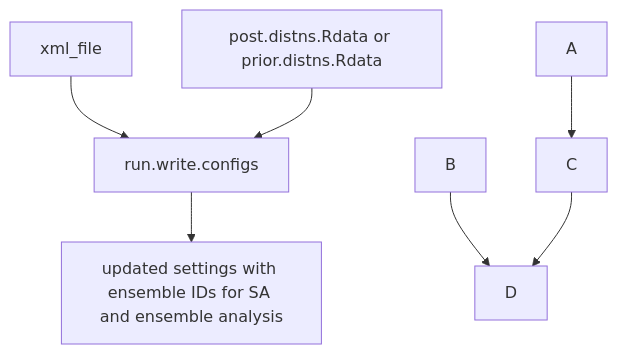
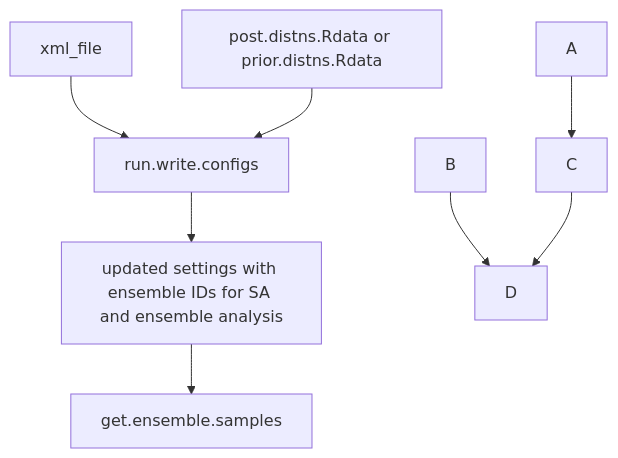
The diagram in README.md (ecamo19/gsoc_project_2022_vm), drawn with Mermaid before and after one commit.

````diff
--- a/README.md
+++ b/README.md
@@ -49,9 +49,10 @@
 ```mermaid
   graph TD;
       settings[xml_file]-->run.write.configs ;
       posterior.files[post.distns.Rdata or prior.distns.Rdata]-->run.write.configs;
       run.write.configs-->output_1[updated settings with ensemble IDs for SA and ensemble analysis ];
+      output_1[updated settings with ensemble IDs for SA and ensemble analysis]-->get.ensemble.samples;
       A-->C;
       B-->D;
       C-->D;
 ```
````
